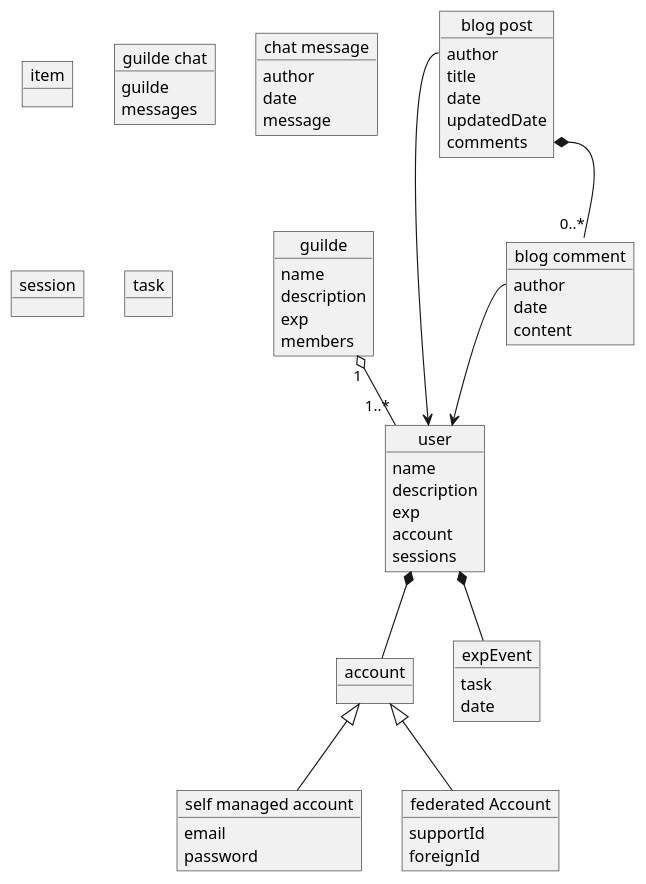
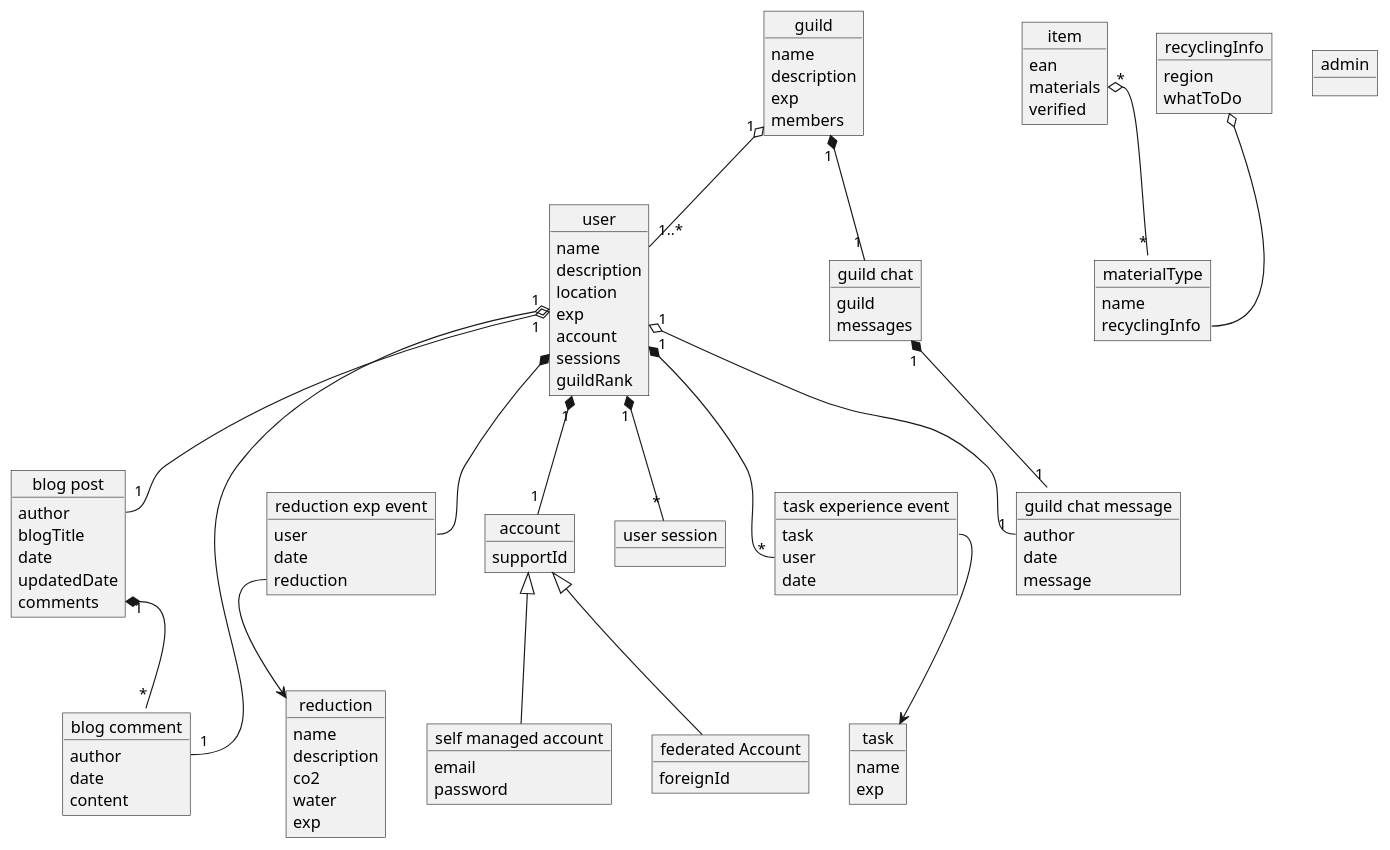
Before and after one commit to Gapodo/actions-test: the diagram in docs/design/domain.puml, drawn with PlantUML.

Commit message:
in between

```diff
--- a/docs/design/domain.puml
+++ b/docs/design/domain.puml
@@ -1,82 +1,136 @@
 @startuml "Domain Model"
+
 Object "user" as u {
   name
   description
+  location
   exp
   account
   sessions
+  guildRank
+  ' TODO is abstracting the account helpful? (could improve GDRP compliant deletion)
 }
 
-Object "account" as acc
+Object "account" as acc {
+    supportId
+}
 
-Object "self managed account" as smacc {
+Object "self managed account" as accsm {
   email
   password
 }
 
-Object "federated Account" as facc {
-  supportId
+Object "federated Account" as accf {
   foreignId
+  ' TODO more precise info once the federation mechanism is set
 }
 
-acc <|-- smacc
-acc <|-- facc
+acc <|-- accsm
+acc <|-- accf
 
+Object "user session" as us {
+    ' TODO which info do we need to manage sessions?
+}
 
-Object "expEvent" as ee {
+Object "task experience event" as tee {
   task
+  user
   date
 }
 
-Object item {
-
+Object "item" as i {
+  ean
+  materials
+  verified
 }
 
-Object "guilde" as g {
+Object "materialType" as mt {
+    name
+    recyclingInfo
+}
+
+Object "recyclingInfo" as ri {
+    region
+    whatToDo
+}
+
+Object "guild" as g {
   name
   description
   exp
   members
 }
 
 Object "blog post" as bp {
   author
-  title
+  blogTitle
   date
   updatedDate
   comments
 }
 
 Object "blog comment" as bc {
   author
   date
   content
 }
 
-Object "guilde chat" as gc {
-  guilde
+Object "guild chat" as gc {
+  guild
   messages
 }
 
-Object "chat message" as cm {
+Object "guild chat message" as gcm {
   author
   date
   message
 }
 
-Object session
+Object "task" as t {
+    name
+    exp
+}
 
-Object task
+Object "reduction" as r {
+    name
+    description
+    co2
+    water
+    exp
+}
 
-u *-- acc
-u *-- ee
+Object "reduction exp event" as ree {
+    user
+    date
+    reduction
+}
 
-bp::comments *-- "0..*" bc
+Object "admin" as ad {
+    ' TODO what would the full version be?
+}
+
+u "1" *-- "1" acc
+u "1" *-- "*" tee::user
+u "1" *-- "*" us
+g "1" *-- "1" gc
+u *-- ree::user
+gc "1" *-- "1" gcm
+
+bp::comments "1" *-- "*" bc
+
+ri o-- mt::recyclingInfo
 
 
-bc::author --> u
-bp::author --> u
+u "1" o-- "1" bc::author
+u "1" o-- "1" bp::author
+u "1" o-- "1" gcm::author
+
 
 g "1" o-- "1..*" u
 
+i::materials "*" o-- "*" mt
+
+ree::reduction --> r
+tee::task --> t
+
 @enduml
```
